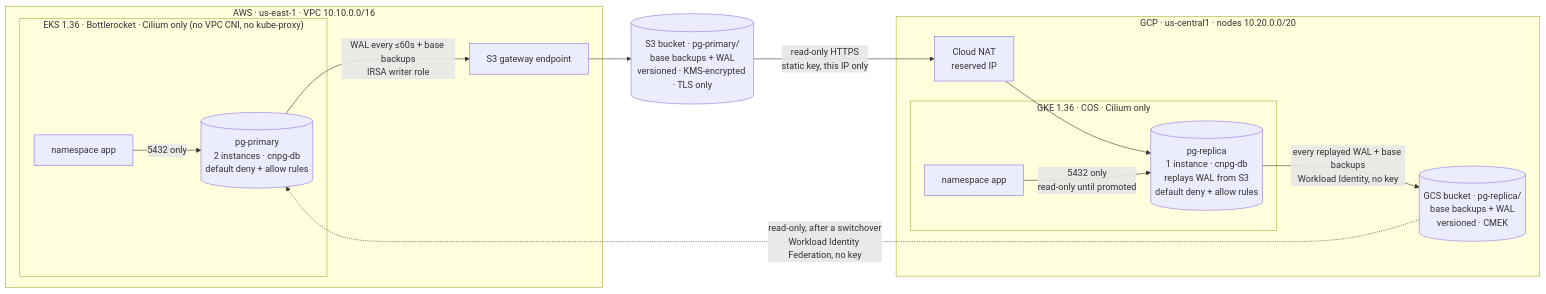
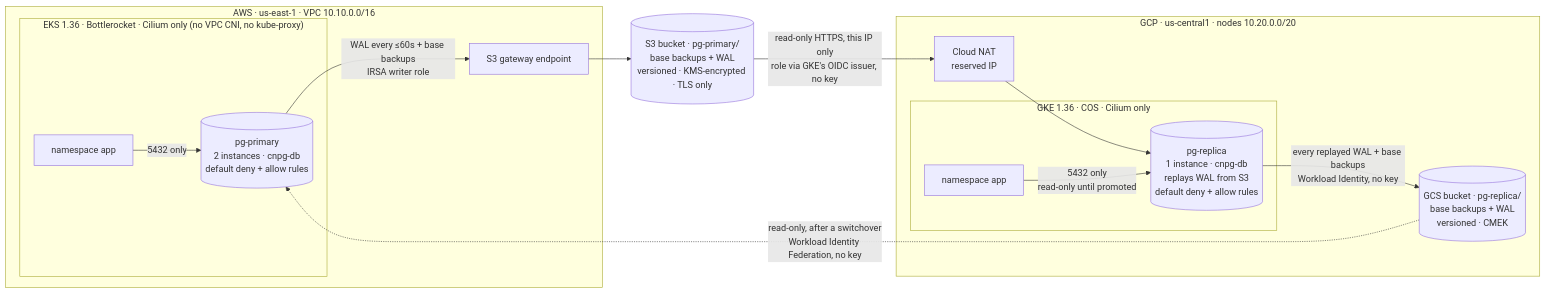
The diagram in README.md (william-stewart/poc-multicloud-postgres), drawn with Mermaid before and after one commit. The commit also changed other lines of this file and 16 other files, not shown here.

First line of the commit message:
feat(infra/data): read S3 from GKE without a long-lived key

````diff
--- a/README.md
+++ b/README.md
@@ -12,30 +12,30 @@
 ```mermaid
 flowchart LR
   subgraph AWS["AWS · us-east-1 · VPC 10.10.0.0/16"]
     subgraph EKS["EKS 1.36 · Bottlerocket · Cilium only (no VPC CNI, no kube-proxy)"]
       app["namespace app"]
       primary[("pg-primary<br/>2 instances · cnpg-db<br/>default deny + allow rules")]
     end
     vpce["S3 gateway endpoint"]
   end
 
   s3[("S3 bucket · pg-primary/<br/>base backups + WAL<br/>versioned · KMS-encrypted · TLS only")]
 
   subgraph GCP["GCP · us-central1 · nodes 10.20.0.0/20"]
     subgraph GKE["GKE 1.36 · COS · Cilium only"]
       app2["namespace app"]
       replica[("pg-replica<br/>1 instance · cnpg-db<br/>replays WAL from S3<br/>default deny + allow rules")]
     end
     nat["Cloud NAT<br/>reserved IP"]
     gcs[("GCS bucket · pg-replica/<br/>base backups + WAL<br/>versioned · CMEK")]
   end
 
   app -- "5432 only" --> primary
   primary -- "WAL every ≤60s + base backups<br/>IRSA writer role" --> vpce
   vpce --> s3
-  s3 -- "read-only HTTPS<br/>static key, this IP only" --> nat
+  s3 -- "read-only HTTPS, this IP only<br/>role via GKE's OIDC issuer, no key" --> nat
   nat --> replica
   replica -- "every replayed WAL + base backups<br/>Workload Identity, no key" --> gcs
   app2 -- "5432 only<br/>read-only until promoted" --> replica
   gcs -. "read-only, after a switchover<br/>Workload Identity Federation, no key" .-> primary
 ```
````
